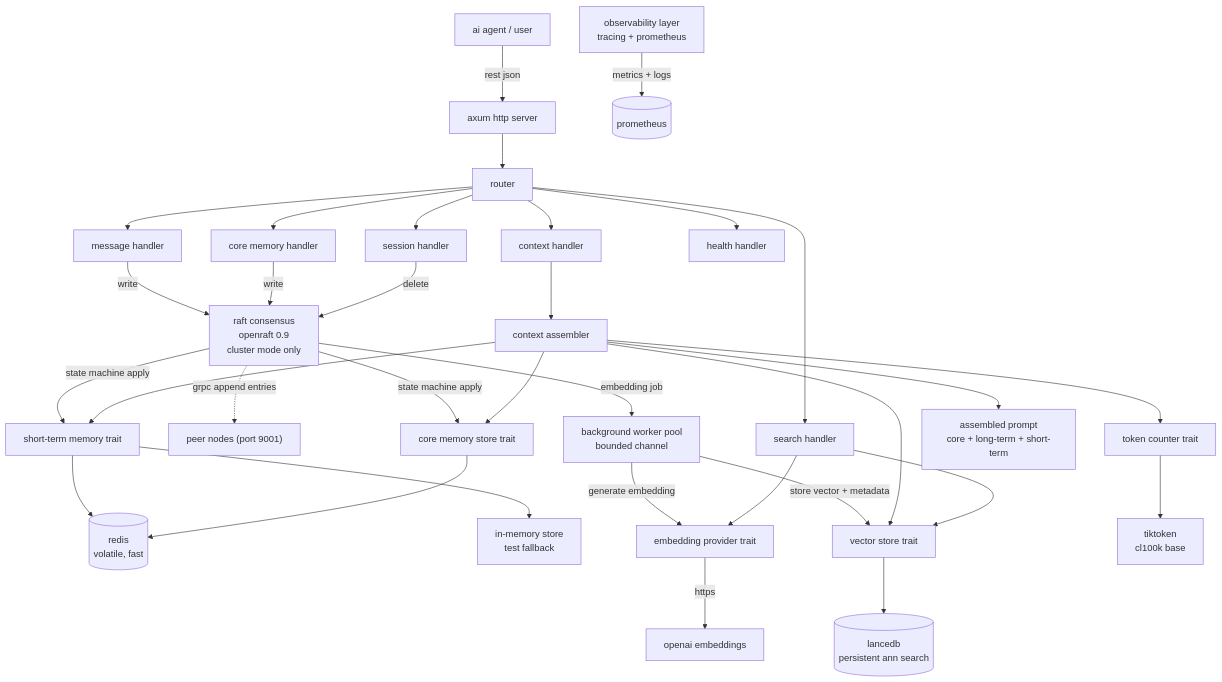
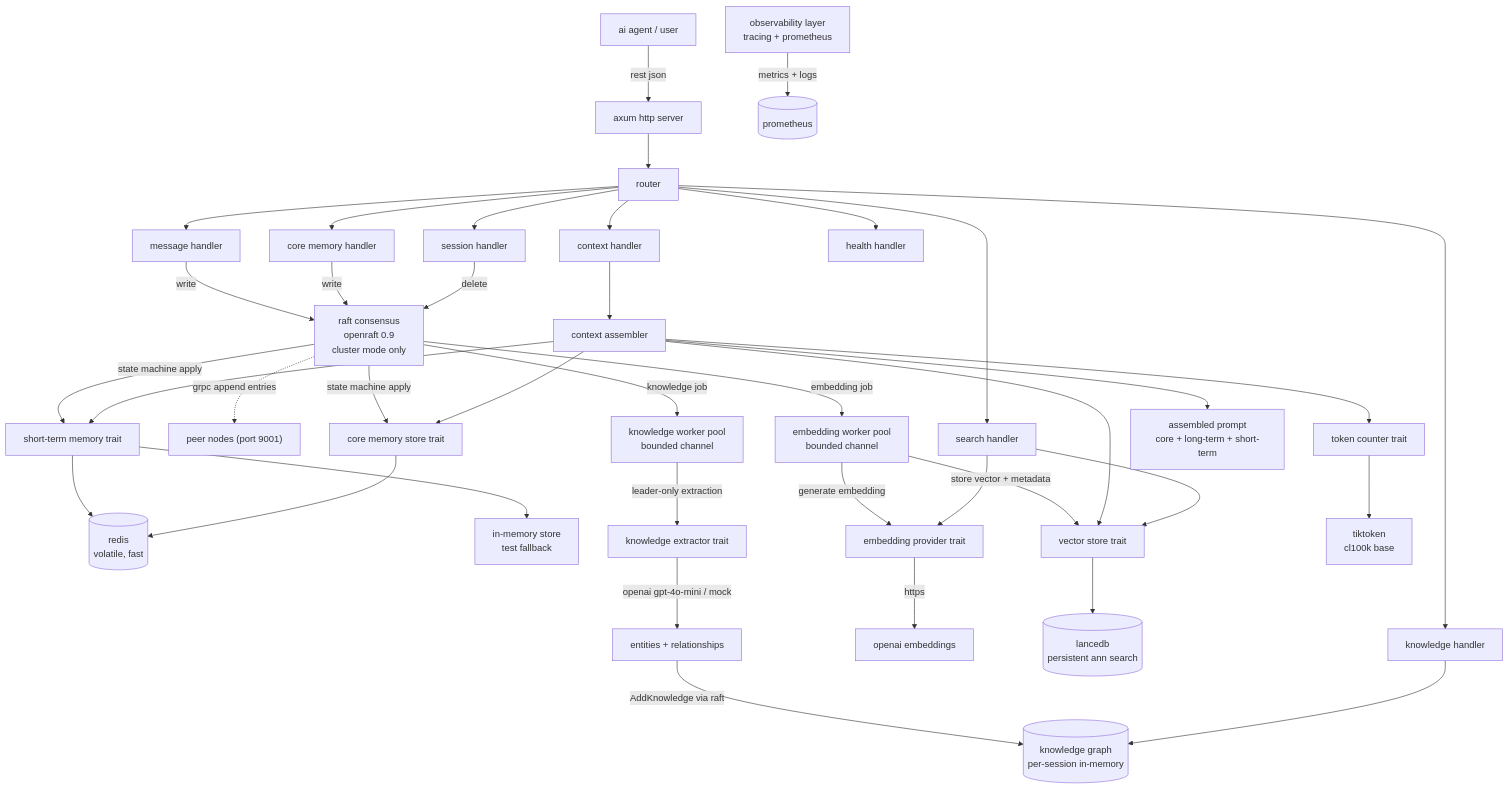
One commit to bit2swaz/engram changed the diagram in README.md. Above: the diagram before and after it, drawn with Mermaid. The commit also changed other lines of this file and 6 other files, not shown here.

````diff
--- a/README.md
+++ b/README.md
@@ -18,42 +18,49 @@
 ```mermaid
 graph TD
     client["ai agent / user"] -->|rest json| axum["axum http server"]
     axum --> router["router"]
     router --> sessionhandler["session handler"]
     router --> memoryhandler["message handler"]
     router --> contexthandler["context handler"]
     router --> searchhandler["search handler"]
     router --> corememhandler["core memory handler"]
     router --> healthhandler["health handler"]
+    router --> knowledgehandler["knowledge handler"]
 
     memoryhandler -->|write| raft["raft consensus\nopenraft 0.9\ncluster mode only"]
     corememhandler -->|write| raft
     sessionhandler -->|delete| raft
     raft -.->|grpc append entries| peers["peer nodes (port 9001)"]
     raft -->|state machine apply| shortterm["short-term memory trait"]
     raft -->|state machine apply| coremem["core memory store trait"]
-    raft -->|embedding job| embedqueue["background worker pool<br/>bounded channel"]
+    raft -->|embedding job| embedqueue["embedding worker pool<br/>bounded channel"]
+    raft -->|knowledge job| knowledgequeue["knowledge worker pool<br/>bounded channel"]
 
     shortterm --> redis[("redis<br/>volatile, fast")]
     shortterm --> inmem["in-memory store<br/>test fallback"]
 
     embedqueue -->|generate embedding| embedprovider["embedding provider trait"]
     embedprovider -->|https| openai["openai embeddings"]
     embedqueue -->|store vector + metadata| longterm["vector store trait"]
     longterm --> lancedb[("lancedb<br/>persistent ann search")]
 
     coremem --> redis
+
+    knowledgequeue -->|leader-only extraction| extractor["knowledge extractor trait"]
+    extractor -->|openai gpt-4o-mini / mock| extraction["entities + relationships"]
+    extraction -->|AddKnowledge via raft| knowledgegraph[("knowledge graph\nper-session in-memory")]
+    knowledgehandler --> knowledgegraph
 
     contexthandler --> assembler["context assembler"]
     assembler --> shortterm
     assembler --> longterm
     assembler --> coremem
     assembler --> tokencounter["token counter trait"]
     tokencounter --> tiktoken["tiktoken<br/>cl100k base"]
     assembler --> finalcontext["assembled prompt<br/>core + long-term + short-term"]
 
     searchhandler --> embedprovider
     searchhandler --> longterm
 
     observability["observability layer<br/>tracing + prometheus"] -->|metrics + logs| prometheus[("prometheus")]
 ```
````
